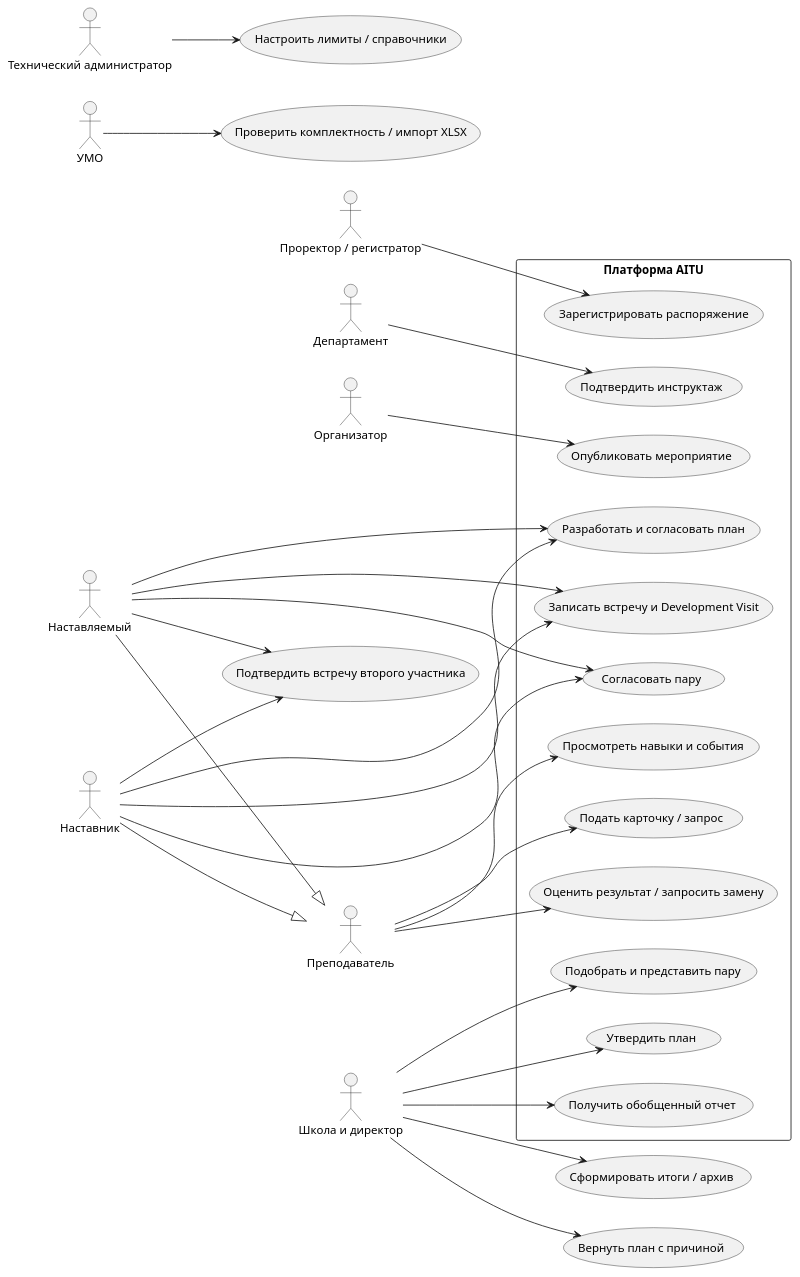
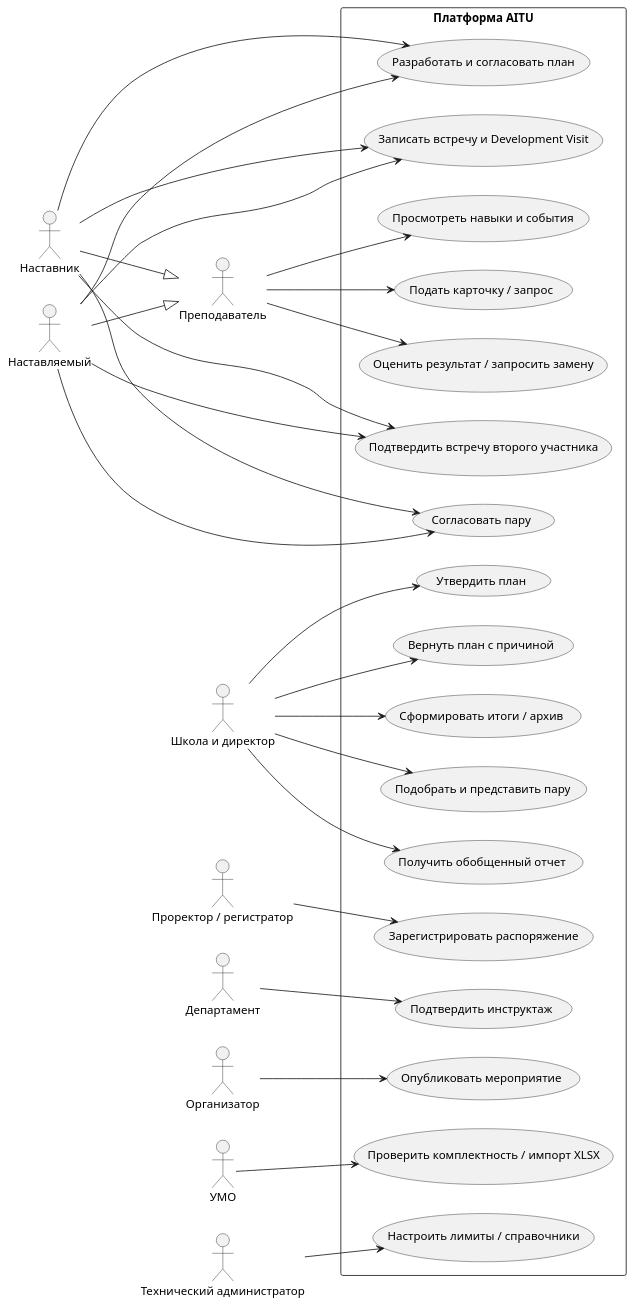
The diagram in diagrams/source/use-cases.puml (krna-tul/Diploma_Project_TulegenovaKM), drawn with PlantUML before and after one commit. The commit also changed other lines of this file and 7 other files, not shown here.

```diff
--- a/diagrams/source/use-cases.puml
+++ b/diagrams/source/use-cases.puml
@@ -1,54 +1,54 @@
 @startuml
 left to right direction
 actor "Преподаватель" as Teacher
 actor "Наставник" as Mentor
 actor "Наставляемый" as Mentee
 actor "Школа и директор" as School
 actor "Проректор / регистратор" as Rector
 actor "Департамент" as Department
 actor "Организатор" as Organizer
 Mentor --|> Teacher
 Mentee --|> Teacher
 rectangle "Платформа AITU" {
  usecase "Просмотреть навыки и события" as Catalog
  usecase "Подать карточку / запрос" as Apply
  usecase "Согласовать пару" as Consent
  usecase "Подобрать и представить пару" as Match
  usecase "Зарегистрировать распоряжение" as Appoint
  usecase "Разработать и согласовать план" as Plan
  usecase "Утвердить план" as Approve
  usecase "Записать встречу и Development Visit" as Visit
  usecase "Оценить результат / запросить замену" as Evaluate
  usecase "Получить обобщенный отчет" as Report
  usecase "Подтвердить инструктаж" as Training
  usecase "Опубликовать мероприятие" as Event
+usecase "Проверить комплектность / импорт XLSX" as Import
+usecase "Настроить лимиты / справочники" as Configure
+usecase "Вернуть план с причиной" as ReturnPlan
+usecase "Подтвердить встречу второго участника" as Confirm
+usecase "Сформировать итоги / архив" as Archive
 }
 Teacher --> Catalog
 Teacher --> Apply
 Mentor --> Consent
 Mentee --> Consent
 School --> Match
 Rector --> Appoint
 Mentor --> Plan
 Mentee --> Plan
 School --> Approve
 Mentor --> Visit
 Mentee --> Visit
 Teacher --> Evaluate
 School --> Report
 Department --> Training
 Organizer --> Event
 actor "УМО" as UMO
 actor "Технический администратор" as Admin
-usecase "Проверить комплектность / импорт XLSX" as Import
-usecase "Настроить лимиты / справочники" as Configure
-usecase "Вернуть план с причиной" as ReturnPlan
-usecase "Подтвердить встречу второго участника" as Confirm
-usecase "Сформировать итоги / архив" as Archive
 UMO --> Import
 Admin --> Configure
 School --> ReturnPlan
 Mentor --> Confirm
 Mentee --> Confirm
 School --> Archive
 @enduml
```
